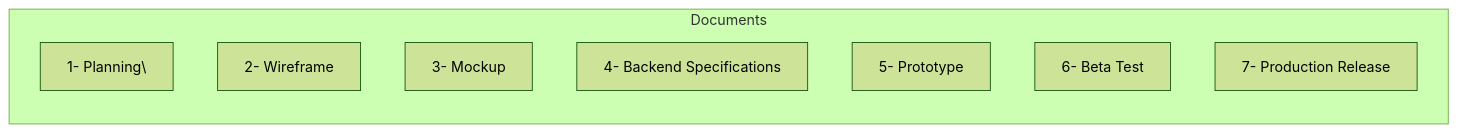
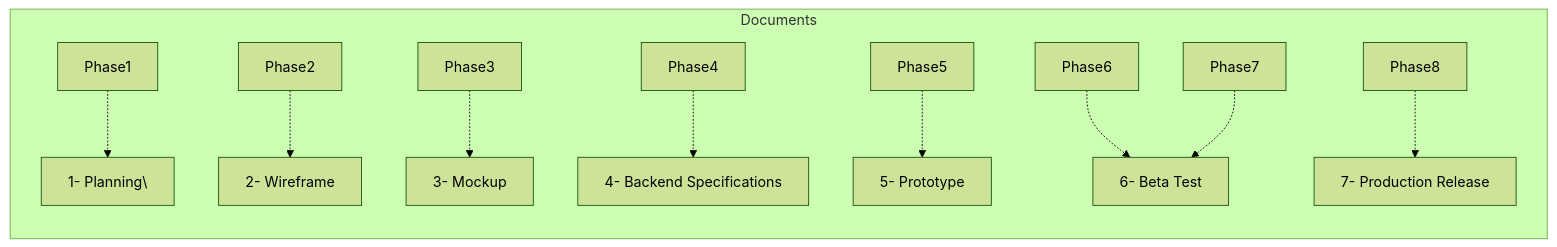
One commit to Mharbulous/Front-First-Method changed the second of 2 diagrams in Phases/FF-overview.md. Above: the diagram before and after it, drawn with Mermaid (forest theme). The commit also changed other lines of this file, not shown here.

````diff
--- a/Phases/FF-overview.md
+++ b/Phases/FF-overview.md
@@ -22,13 +33,13 @@
 ```mermaid
 graph LR
       subgraph Files["Documents"]
-        PRD["1- Planning\"]
-        Wireframe["2- Wireframe"]
-        Mockup["3- Mockup"]
-        Specs["4- Backend Specifications"]
-        Prototype["5- Prototype"]
-        Alpha["5- Alpha Test"]
-        Alpha["6- Beta Test"]
-        Production["7- Production Release"]
+        Phase1 -.-> PRD["1- Planning\"]
+        Phase2 -.-> Wireframe["2- Wireframe"]
+        Phase3 -.-> Mockup["3- Mockup"]
+        Phase4 -.-> Specs["4- Backend Specifications"]
+        Phase5 -.-> Prototype["5- Prototype"]
+        Phase6 -.-> Alpha["5- Alpha Test"]
+        Phase7 -.-> Alpha["6- Beta Test"]
+        Phase8 -.-> Production["7- Production Release"]
     end
 ```
````
